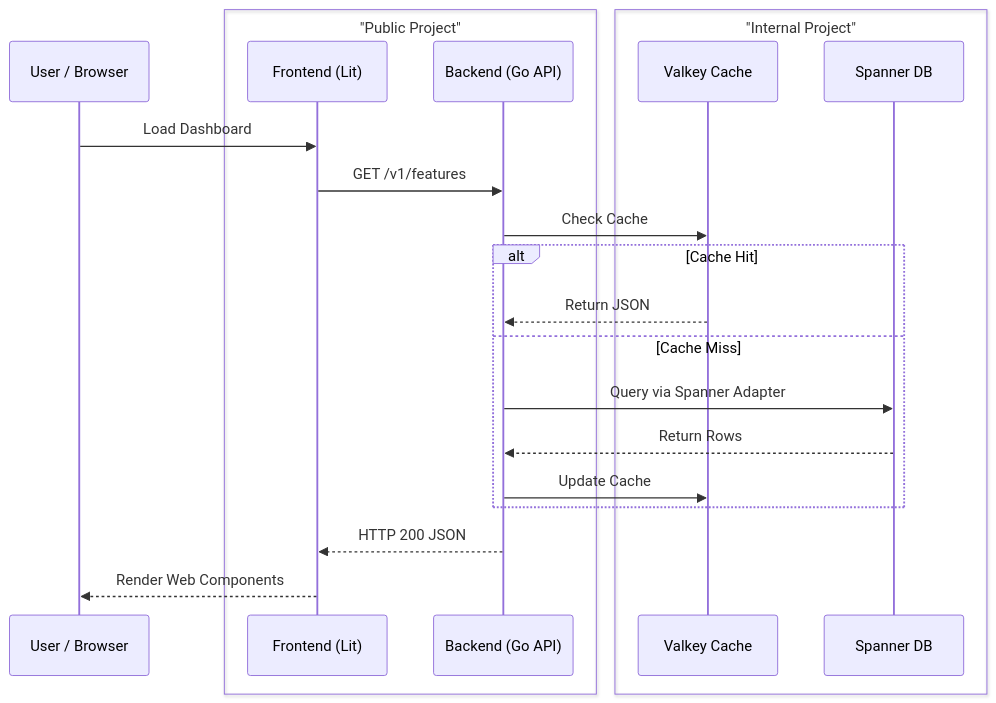
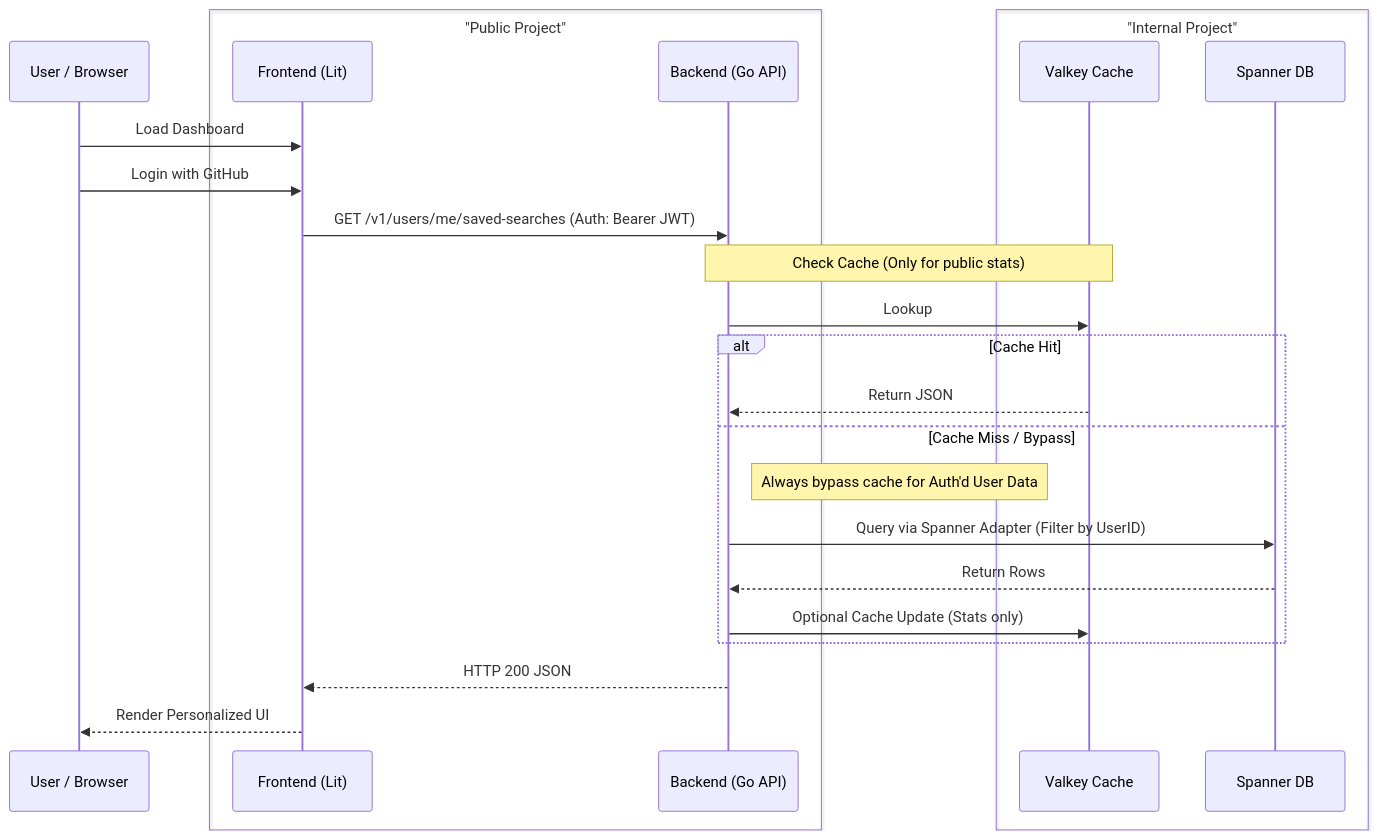
One commit to GoogleChrome/webstatus.dev changed the fourth of 8 diagrams in docs/ARCHITECTURE.md. Above: the diagram before and after it, drawn with Mermaid. The commit also changed other lines of this file and 21 other files, not shown here.

First line of the commit message:
docs: update architecture and skill documentation

````diff
--- a/docs/ARCHITECTURE.md
+++ b/docs/ARCHITECTURE.md
@@ -67,25 +148,28 @@
 ```mermaid
 sequenceDiagram
     participant U as User / Browser
     box "Public Project" #f9f9f9
         participant FE as Frontend (Lit)
         participant BE as Backend (Go API)
     end
     box "Internal Project" #e1f5fe
         participant C as Valkey Cache
         participant DB as Spanner DB
     end
 
     U->>FE: Load Dashboard
-    FE->>BE: GET /v1/features
-    BE->>C: Check Cache
+    U->>FE: Login with GitHub
+    FE->>BE: GET /v1/users/me/saved-searches (Auth: Bearer JWT)
+    Note over BE, C: Check Cache (Only for public stats)
+    BE->>C: Lookup
     alt Cache Hit
         C-->>BE: Return JSON
-    else Cache Miss
-        BE->>DB: Query via Spanner Adapter
+    else Cache Miss / Bypass
+        Note right of BE: Always bypass cache for Auth'd User Data
+        BE->>DB: Query via Spanner Adapter (Filter by UserID)
         DB-->>BE: Return Rows
-        BE->>C: Update Cache
+        BE->>C: Optional Cache Update (Stats only)
     end
     BE-->>FE: HTTP 200 JSON
-    FE-->>U: Render Web Components
+    FE-->>U: Render Personalized UI
 ```
````
